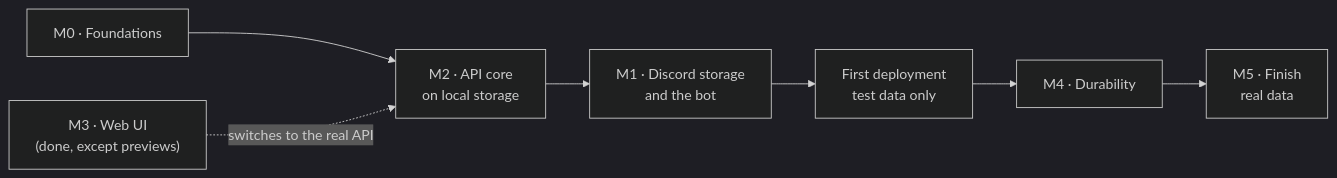
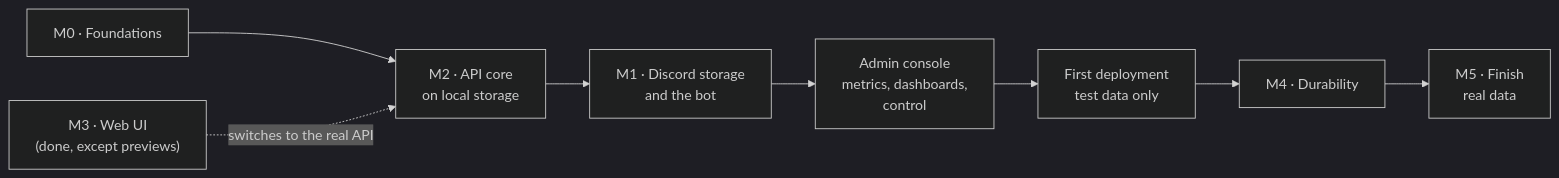
One commit to AlexB8675/DFS changed the first of 2 diagrams in docs/BACKEND.md. Above: the diagram before and after it, drawn with Mermaid (dark theme). The commit also changed other lines of this file and 51 other files, not shown here.

First line of the commit message:
Record metrics and graph them on the admin pages, with alerts

````diff
--- a/docs/BACKEND.md
+++ b/docs/BACKEND.md
@@ -39,9 +39,10 @@
 ```mermaid
 flowchart LR
     M0["M0 · Foundations"] --> M2["M2 · API core<br/>on local storage"]
     M2 --> M1["M1 · Discord storage<br/>and the bot"]
-    M1 --> DEP["First deployment<br/>test data only"]
+    M1 --> ADM["Admin console<br/>metrics, dashboards,<br/>control"]
+    ADM --> DEP["First deployment<br/>test data only"]
     DEP --> M4["M4 · Durability"]
     M4 --> M5["M5 · Finish<br/>real data"]
     M3["M3 · Web UI<br/>(done, except previews)"] -.->|"switches to the real API"| M2
 ```
````
